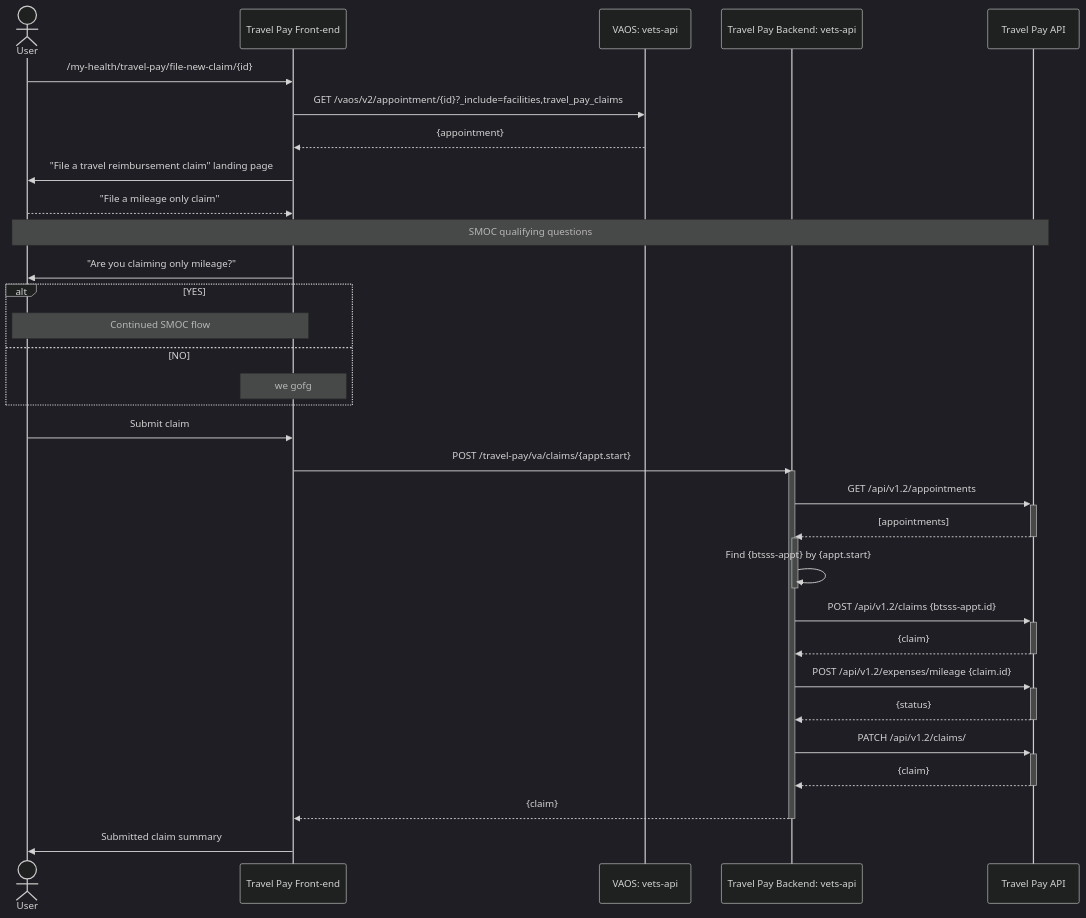
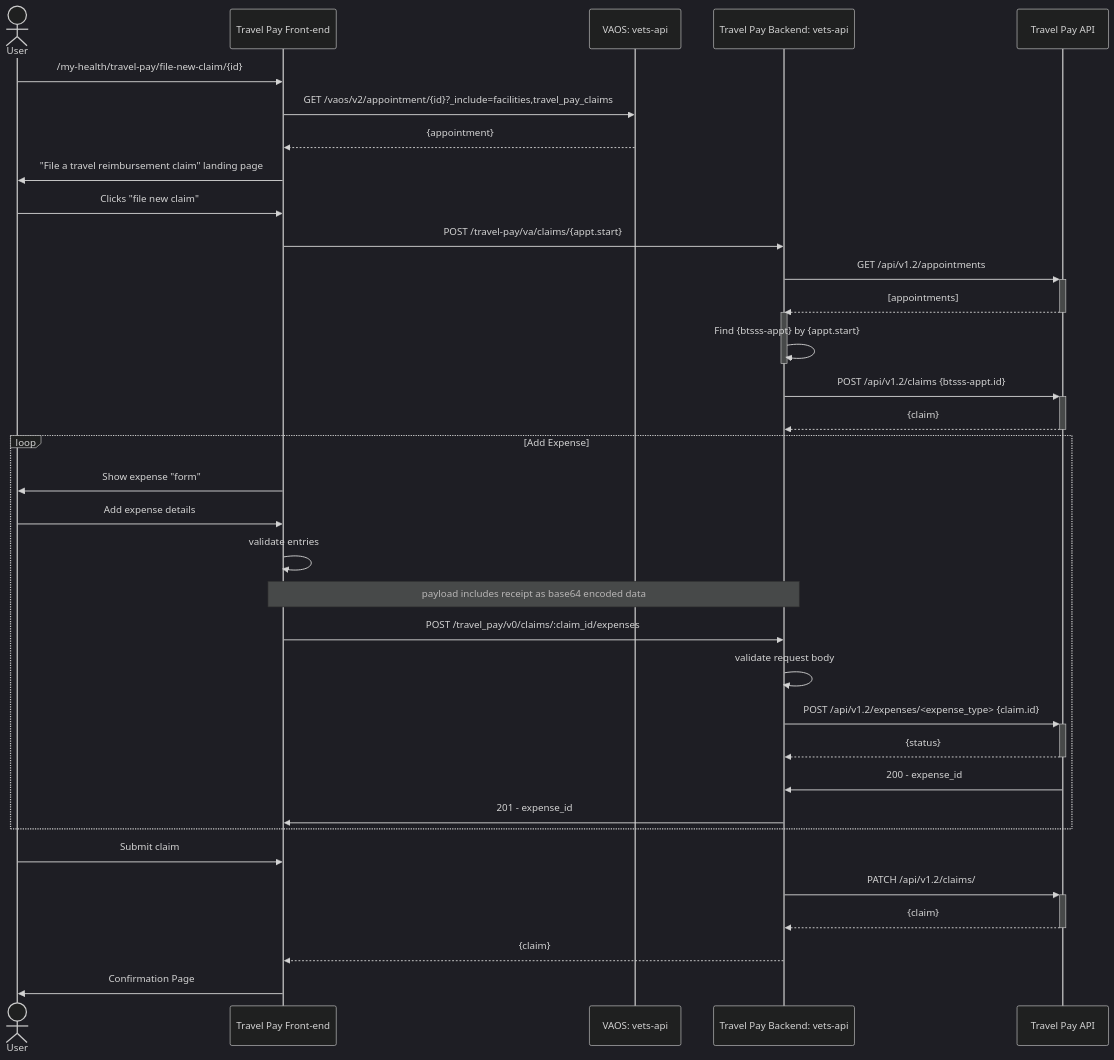
One commit to department-of-veterans-affairs/va.gov-team changed the diagram in products/health-care/beneficiary-travel/engineering/complex_claims/sequence_diagrams.md. Above: the diagram before and after it, drawn with Mermaid (dark theme). The commit also changed other lines of this file, not shown here.

Commit message:
Revise sequence diagrams for claims and expenses
Updated sequence diagrams to reflect changes in the claim submission process and added expense handling.

````diff
--- a/products/health-care/beneficiary-travel/engineering/complex_claims/sequence_diagrams.md
+++ b/products/health-care/beneficiary-travel/engineering/complex_claims/sequence_diagrams.md
@@ -5,48 +5,48 @@
 ```mermaid
 sequenceDiagram
     actor user as User
-    participant smoc as Travel Pay Front-end
+    participant tpfe as Travel Pay Front-end
     participant vaos as VAOS: vets-api
     participant tpm  as Travel Pay Backend: vets-api
     participant tpapi as Travel Pay API
 
-    user ->> smoc: /my-health/travel-pay/file-new-claim/{id}
-    smoc ->> vaos: GET /vaos/v2/appointment/{id}?_include=facilities,travel_pay_claims
+    user ->> tpfe: /my-health/travel-pay/file-new-claim/{id}
+    tpfe ->> vaos: GET /vaos/v2/appointment/{id}?_include=facilities,travel_pay_claims
 
-    vaos -->> smoc: {appointment}
-    smoc ->> user: "File a travel reimbursement claim" landing page
-    user -->> smoc: "File a mileage only claim"
-    Note over user,tpapi: SMOC qualifying questions
-    smoc ->> user: "Are you claiming only mileage?"
-    alt YES
-      note over user,smoc: Continued SMOC flow
-    else NO
-      note over smoc:  we gofg
-    end
+    vaos -->> tpfe: {appointment}
+    tpfe ->> user: "File a travel reimbursement claim" landing page
+    
+    user ->> tpfe: Clicks "file new claim"
+    tpfe ->> tpm: POST /travel-pay/va/claims/{appt.start}
 
-    user ->> smoc: Submit claim
+    tpm ->>+ tpapi: GET /api/v1.2/appointments
+    tpapi -->>- tpm: [appointments]
+    activate tpm
+      tpm ->> tpm: Find {btsss-appt} by {appt.start}
+    deactivate tpm
 
-    smoc ->> tpm: POST /travel-pay/va/claims/{appt.start}
+    tpm ->>+ tpapi: POST /api/v1.2/claims {btsss-appt.id}
+    tpapi -->>- tpm: {claim}
 
-    activate tpm
-      tpm ->>+ tpapi: GET /api/v1.2/appointments
-      tpapi -->>- tpm: [appointments]
 
-      activate tpm
-        tpm ->> tpm: Find {btsss-appt} by {appt.start}
-      deactivate tpm
-
-      tpm ->>+ tpapi: POST /api/v1.2/claims {btsss-appt.id}
-      tpapi -->>- tpm: {claim}
-
-      tpm ->>+ tpapi: POST /api/v1.2/expenses/mileage {claim.id}
+    loop Add Expense
+      tpfe ->> user: Show expense "form"
+      user ->> tpfe: Add expense details
+      tpfe ->> tpfe: validate entries
+      note over tpfe,tpm: payload includes receipt as base64 encoded data
+      tpfe ->> tpm: POST /travel_pay/v0/claims/:claim_id/expenses
+      tpm ->> tpm: validate request body
+      tpm ->>+ tpapi: POST /api/v1.2/expenses/<expense_type> {claim.id}
       tpapi -->>- tpm: {status}
 
-      tpm ->>+ tpapi: PATCH /api/v1.2/claims/#{claim.id}/submit
-      tpapi -->>- tpm: {claim}
+      tpapi ->> tpm: 200 - expense_id
+      tpm ->> tpfe: 201 - expense_id
+    end
+    
+    user ->> tpfe: Submit claim
+    tpm ->>+ tpapi: PATCH /api/v1.2/claims/#{claim.id}/submit
+    tpapi -->>- tpm: {claim}
 
-      tpm -->> smoc: {claim}
-    deactivate tpm
-
-    smoc ->> user: Submitted claim summary
+    tpm -->> tpfe: {claim}
+    tpfe ->> user: Confirmation Page
 ```
````
